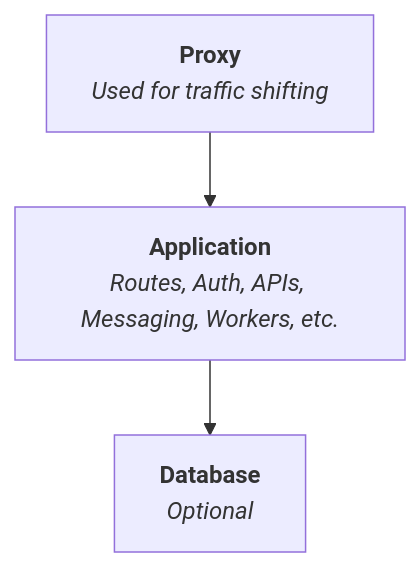
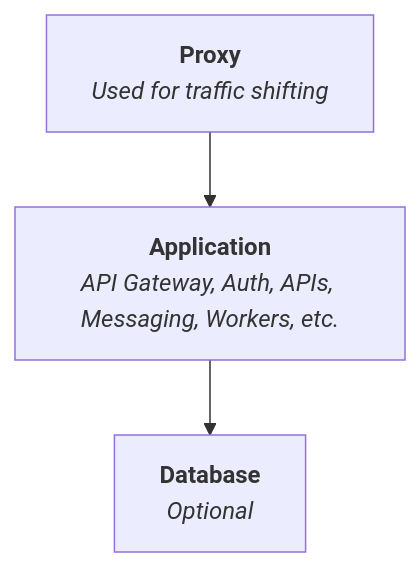
Before and after one commit to explodinglabs/superstack: the diagram in README.md, drawn with Mermaid.

````diff
--- a/README.md
+++ b/README.md
@@ -15,6 +15,6 @@
 ```mermaid
 flowchart TD
     Proxy["<b>Proxy</b><br><i>Used for traffic shifting</i>"]
-    Proxy --> App["<b>Application</b><br><i>Routes, Auth, APIs, Messaging, Workers, etc.</i>"]
+    Proxy --> App["<b>Application</b><br><i>API Gateway, Auth, APIs, Messaging, Workers, etc.</i>"]
     App --> Database["<b>Database</b><br><i>Optional</i>"]
 ```
````
